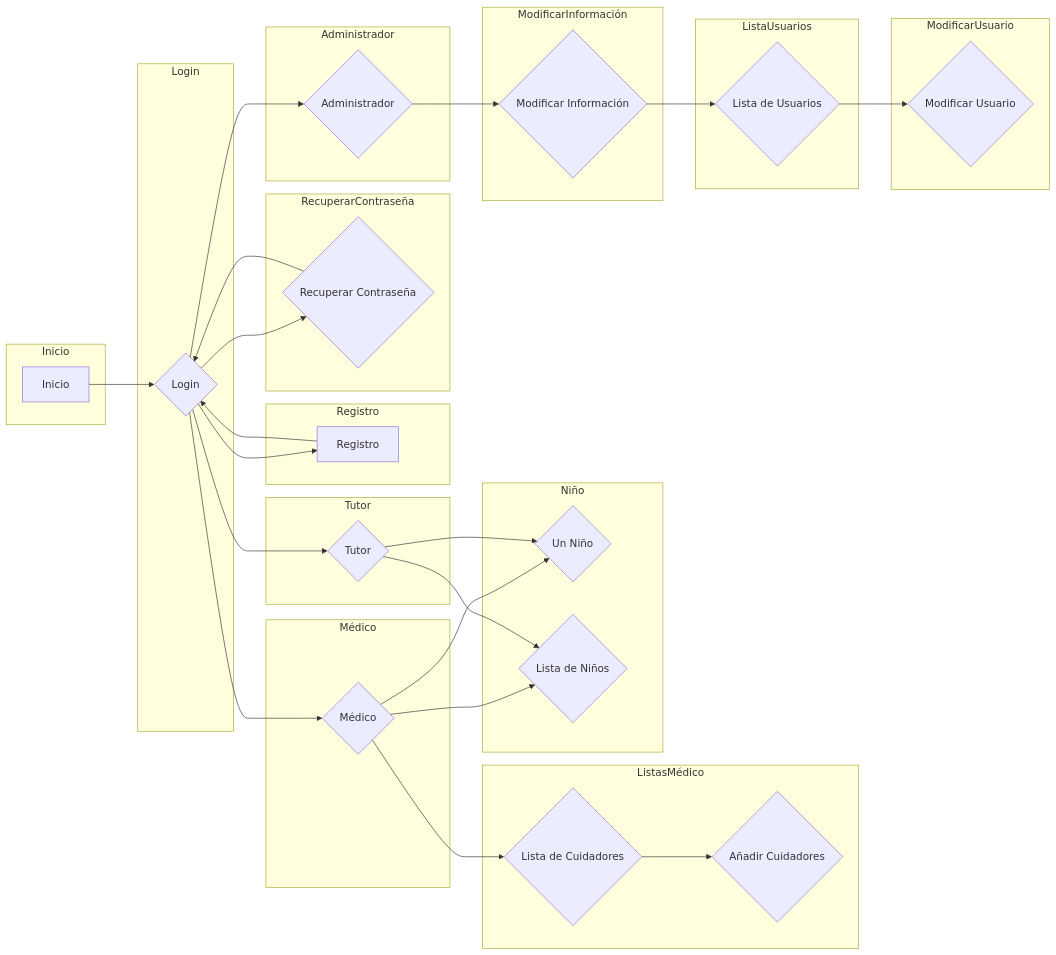
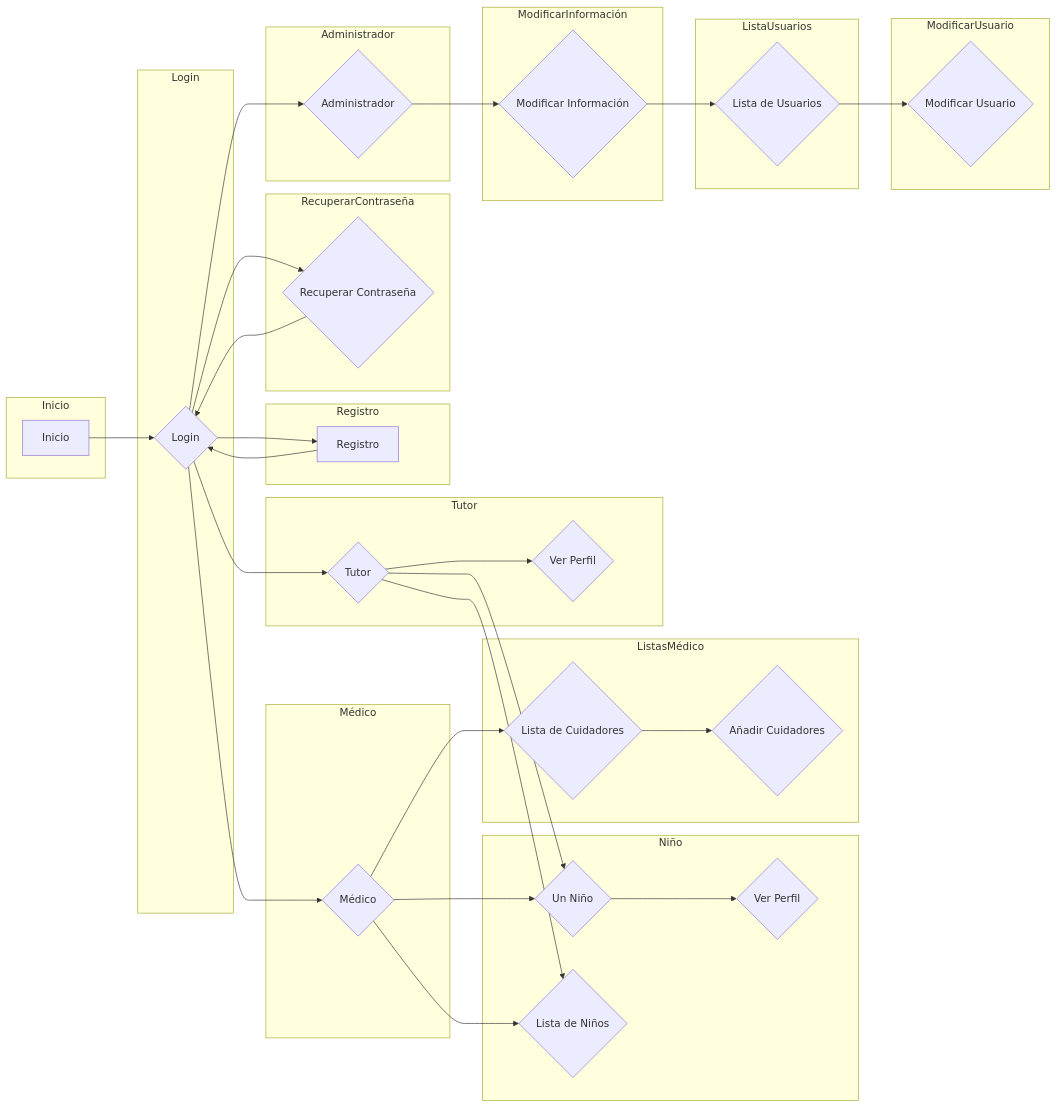
Before and after one commit to mactiburon/tapatapp: the diagram in DiagramaVistaLogica.mermaid, drawn with Mermaid.

Commit message:
DiagramaVistaLogica.mermaid

```diff
--- a/DiagramaVistaLogica.mermaid
+++ b/DiagramaVistaLogica.mermaid
@@ -1,57 +1,61 @@
 graph LR
     subgraph Inicio
         A[Inicio]
     end
     subgraph Login
         B{Login}
     end
     subgraph Registro
         C[Registro]
     end
     subgraph RecuperarContraseña
         D{Recuperar Contraseña}
     end
     subgraph Administrador
         E{Administrador}
     end
     subgraph Médico
         F{Médico}
     end
     subgraph Tutor
         G{Tutor}
+        O{Ver Perfil}
     end
     subgraph Niño
         H{Un Niño}
         I{Lista de Niños}
+        P{Ver Perfil}
     end
     subgraph ListasMédico
         J{Lista de Cuidadores}
         K{Añadir Cuidadores}
     end
     subgraph ModificarInformación
         L{Modificar Información}
     end
     subgraph ListaUsuarios
         M{Lista de Usuarios}
     end
     subgraph ModificarUsuario
         N{Modificar Usuario}
     end
 
     A --> B
     B --> C
     B --> D
     C --> B
     D --> B
     B --> E
     B --> F
     B --> G
     F --> H
     G --> H
     F --> I
     G --> I
     F --> J
     J --> K
     E --> L
     L --> M
     M --> N
+    G --> O
+    H --> P
```
